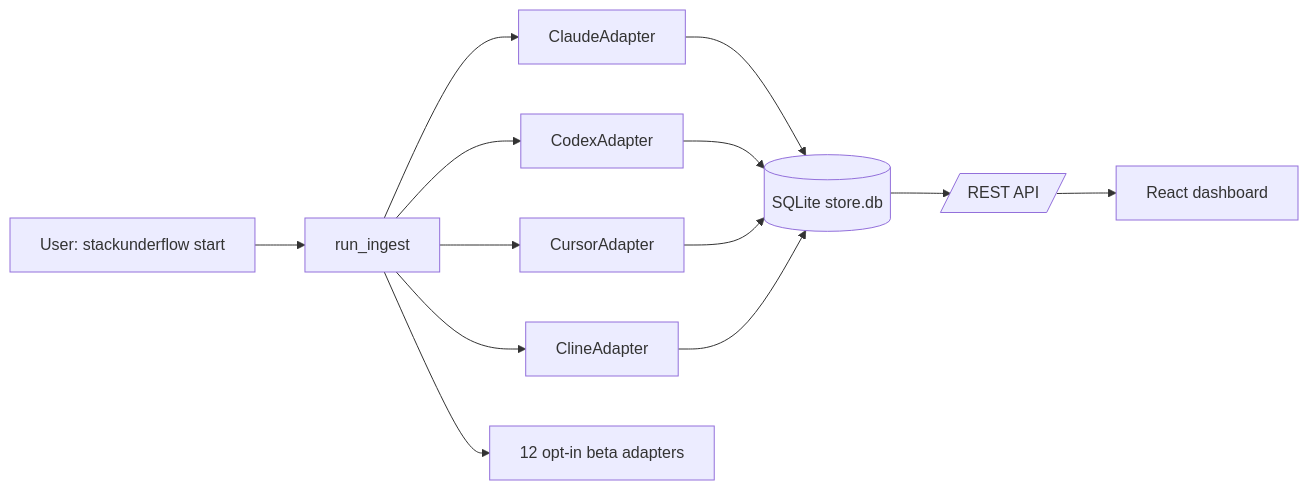
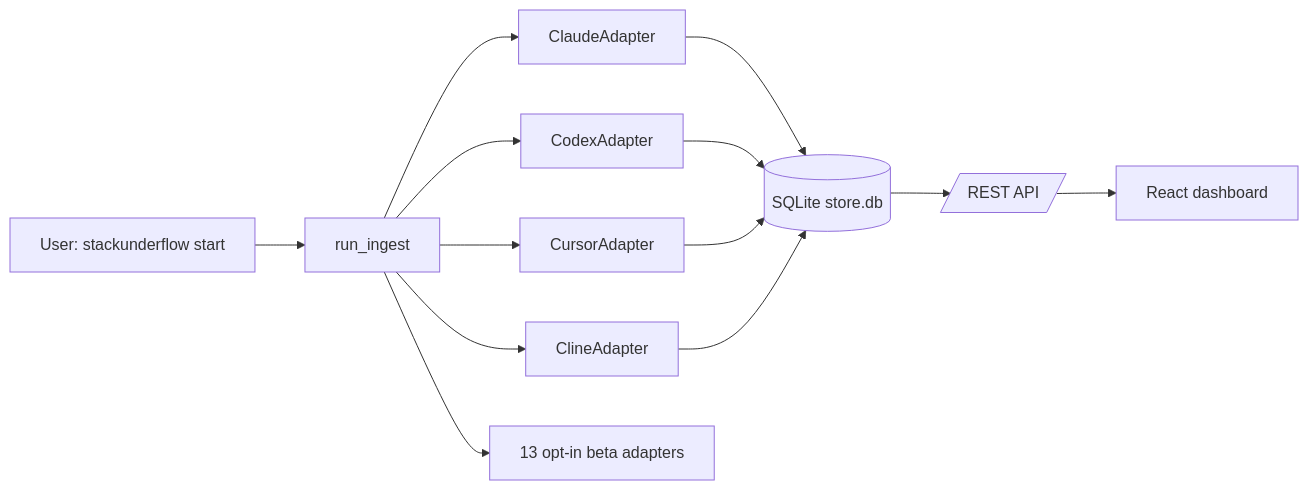
Before and after one commit to 0bserver07/StackUnderflow: the diagram in docs/multi-provider.md, drawn with Mermaid. The commit also changed other lines of this file and 36 other files, not shown here.

````diff
--- a/docs/multi-provider.md
+++ b/docs/multi-provider.md
@@ -98,15 +99,15 @@
 ```mermaid
 flowchart LR
     user[User: stackunderflow start] --> ingest[run_ingest]
     ingest --> claude[ClaudeAdapter]
     ingest --> codex[CodexAdapter]
     ingest --> cursor[CursorAdapter]
     ingest --> cline[ClineAdapter]
-    ingest --> betas[12 opt-in beta adapters]
+    ingest --> betas[13 opt-in beta adapters]
     claude --> store[(SQLite store.db)]
     codex --> store
     cursor --> store
     cline --> store
     store --> api[/REST API/]
     api --> ui[React dashboard]
 ```
````
